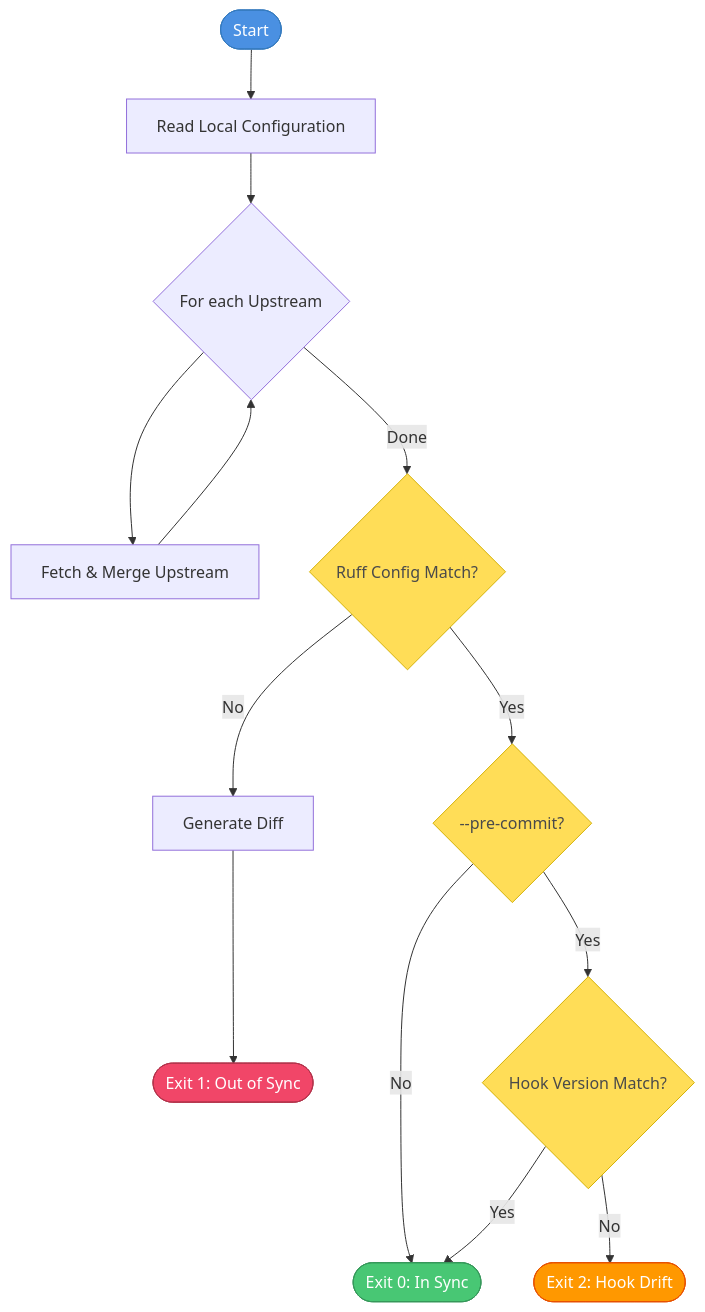
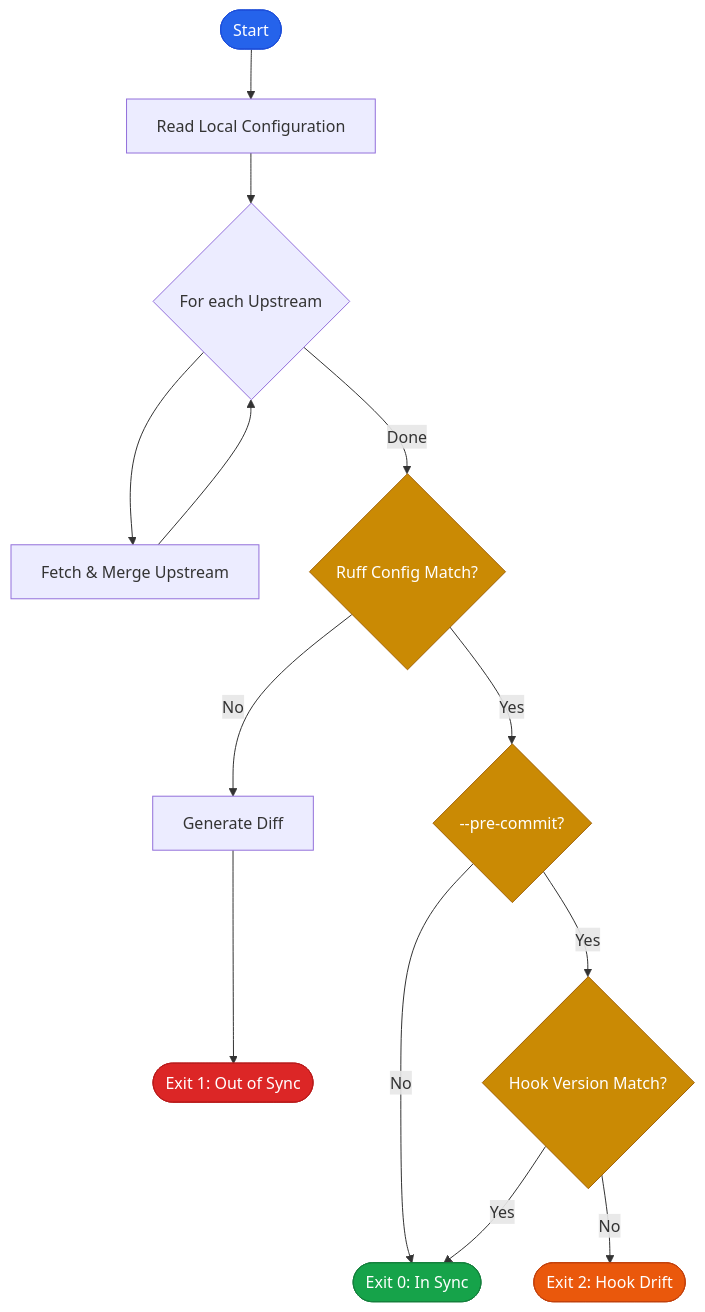
Before and after one commit to Kilo59/ruff-sync: the second of 2 diagrams in docs/usage.md, drawn with Mermaid. The commit also changed other lines of this file and 1 other file, not shown here.

````diff
--- a/docs/usage.md
+++ b/docs/usage.md
@@ -165,26 +172,26 @@
 ```mermaid
 flowchart TD
     Start([Start]) --> Local[Read Local Configuration]
     Local --> Upstreams{For each Upstream}
     Upstreams --> Fetch[Fetch & Merge Upstream]
     Fetch --> Upstreams
     Upstreams -- Done --> Compare{Ruff Config Match?}
 
     Compare -- No --> Diff[Generate Diff]
     Diff --> Fail([Exit 1: Out of Sync])
 
     Compare -- Yes --> PC{--pre-commit?}
     PC -- No --> Success([Exit 0: In Sync])
     PC -- Yes --> CheckPC{Hook Version Match?}
     CheckPC -- Yes --> Success
     CheckPC -- No --> PCOut([Exit 2: Hook Drift])
 
     %% Styling
-    style Start fill:#4a90e2,color:#fff,stroke:#357abd
-    style Success fill:#48c774,color:#fff,stroke:#36975a
-    style Fail fill:#f14668,color:#fff,stroke:#b2334b
-    style PCOut fill:#ff9800,color:#fff,stroke:#e65100
-    style Compare fill:#ffdd57,color:#4a4a4a,stroke:#d4b106
-    style PC fill:#ffdd57,color:#4a4a4a,stroke:#d4b106
-    style CheckPC fill:#ffdd57,color:#4a4a4a,stroke:#d4b106
+    style Start fill:#2563eb,color:#fff,stroke:#1d4ed8
+    style Success fill:#16a34a,color:#fff,stroke:#15803d
+    style Fail fill:#dc2626,color:#fff,stroke:#b91c1c
+    style PCOut fill:#ea580c,color:#fff,stroke:#c2410c
+    style Compare fill:#ca8a04,color:#fff,stroke:#a16207
+    style PC fill:#ca8a04,color:#fff,stroke:#a16207
+    style CheckPC fill:#ca8a04,color:#fff,stroke:#a16207
 ```
````
